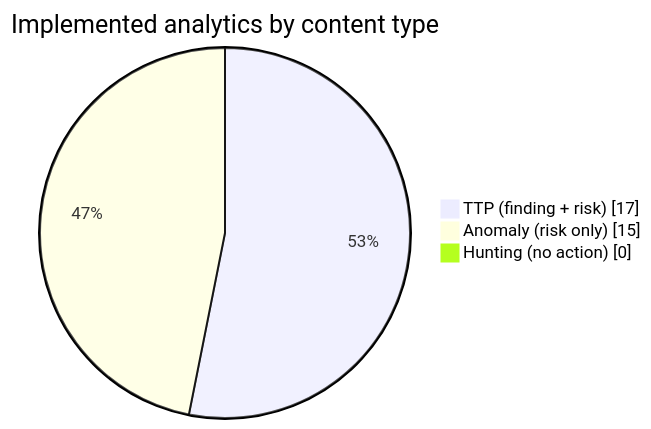
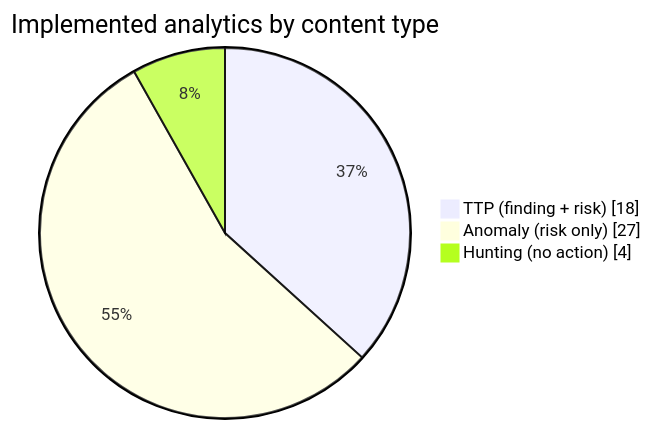
One commit to dev-nobytes-io/mitre-defensive-mappings-spl changed the first of 2 diagrams in docs/analytics/README.md. Above: the diagram before and after it, drawn with Mermaid. The commit also changed other lines of this file and 67 other files, not shown here.

````diff
--- a/docs/analytics/README.md
+++ b/docs/analytics/README.md
@@ -5,7 +5,7 @@
 ```mermaid
 pie showData
     title Implemented analytics by content type
-    "TTP (finding + risk)" : 17
-    "Anomaly (risk only)" : 15
-    "Hunting (no action)" : 0
+    "TTP (finding + risk)" : 18
+    "Anomaly (risk only)" : 27
+    "Hunting (no action)" : 4
 ```
````
